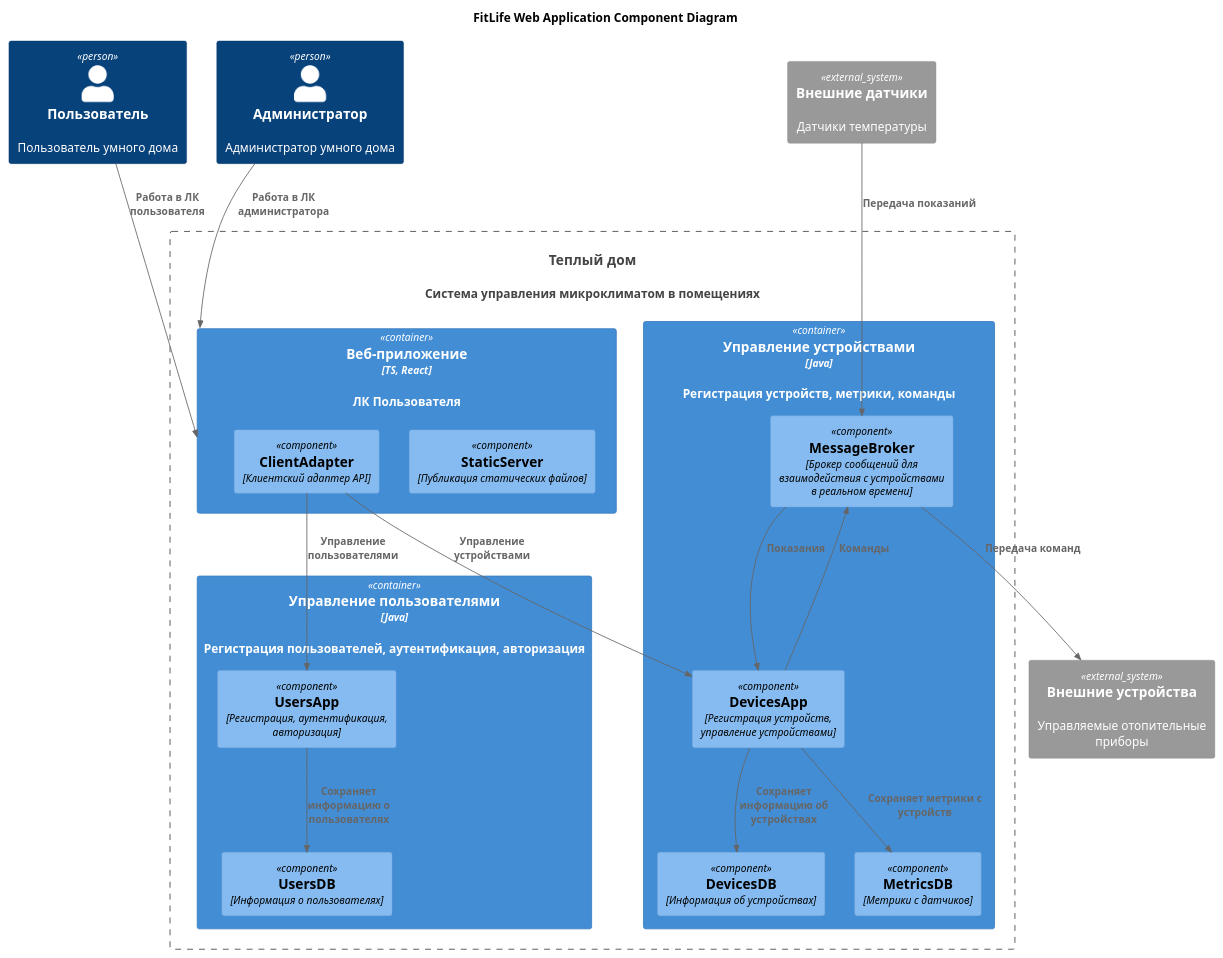
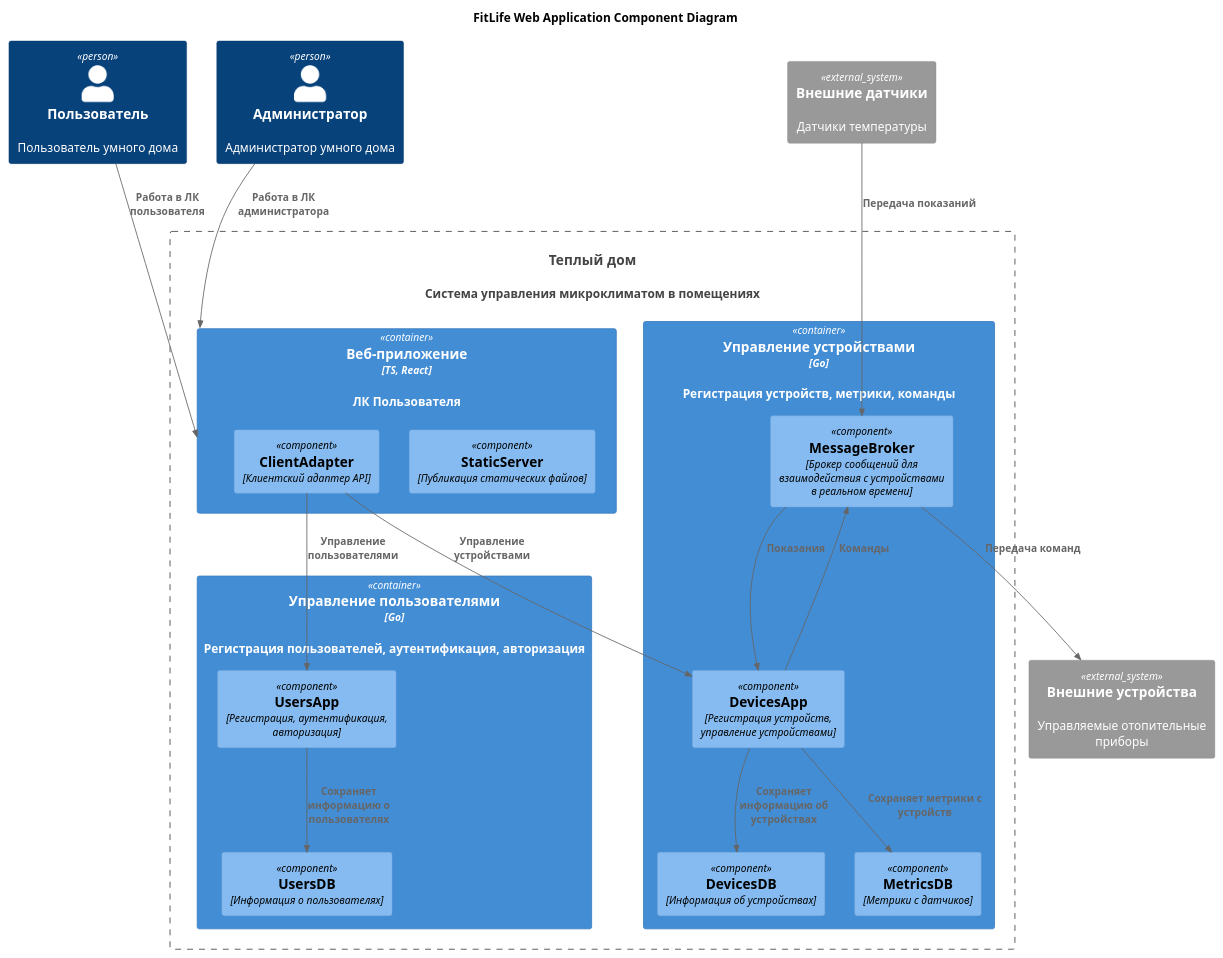
One commit to JerodBaxter/warmhouse changed the diagram in Component.puml. Above: the diagram before and after it, drawn with PlantUML.

```diff
--- a/Component.puml
+++ b/Component.puml
@@ -1,53 +1,53 @@
 @startuml
 title FitLife Web Application Component Diagram
 top to bottom direction
 
 !include https://raw.githubusercontent.com/plantuml-stdlib/C4-PlantUML/master/C4_Component.puml
 
 Person(user, "Пользователь", "Пользователь умного дома")
 Person(admin, "Администратор", "Администратор умного дома")
 System(WarmHouse, "Теплый дом", "Система управления микроклиматом в помещениях")
 
 Container_Boundary(WarmHouse, "Тёплый дом") {
   Container(WebApp, "Веб-приложение", "TS, React", "ЛК Пользователя")
-  Container(Users, "Управление пользователями", "Java", "Регистрация пользователей, аутентификация, авторизация")
-  Container(Devices, "Управление устройствами", "Java", "Регистрация устройств, метрики, команды")
+  Container(Users, "Управление пользователями", "Go", "Регистрация пользователей, аутентификация, авторизация")
+  Container(Devices, "Управление устройствами", "Go", "Регистрация устройств, метрики, команды")
 }
 
-Container(WebApp, "Веб-приложение", "TS, React, Java") {
+Container(WebApp, "Веб-приложение", "TS, React, Go") {
   Component(StaticServer, "StaticServer", "Публикация статических файлов")
   Component(ClientAdapter, "ClientAdapter", "Клиентский адаптер API")
 }
 
-Container(Users, "Мастер-система: Управление пользователями", "Java, Spring") {
+Container(Users, "Мастер-система: Управление пользователями", "Go, Spring") {
   Component(UsersApp, "UsersApp", "Регистрация, аутентификация, авторизация")
   Component(UsersDB, "UsersDB", "Информация о пользователях")
 }
 
-Container(Devices, "Мастер-система: Управление устройствами", "Java, MQTT, MongoDB, CassandraDB") {
+Container(Devices, "Мастер-система: Управление устройствами", "Go, MQTT, MongoDB, CassandraDB") {
   Component(MessageBroker, "MessageBroker", "Брокер сообщений для взаимодействия с устройствами в реальном времени")
   Component(DevicesApp, "DevicesApp", "Регистрация устройств, управление устройствами")
   Component(DevicesDB, "DevicesDB", "Информация об устройствах")
   Component(MetricsDB, "MetricsDB", "Метрики с датчиков")
 }
 
 System_Ext(controllers, "Внешние устройства", "Управляемые отопительные приборы")
 System_Ext(sensors, "Внешние датчики", "Датчики температуры")
 
 Rel(user, WebApp, "Работа в ЛК пользователя")
 Rel(admin, WebApp, "Работа в ЛК администратора")
 
 Rel(ClientAdapter,UsersApp,"Управление пользователями")
 Rel(ClientAdapter,DevicesApp,"Управление устройствами")
 
 Rel(UsersApp,UsersDB,"Сохраняет информацию о пользователях")
 
 Rel(DevicesApp,DevicesDB,"Сохраняет информацию об устройствах")
 Rel(DevicesApp,MetricsDB,"Сохраняет метрики с устройств")
 
 Rel(sensors,MessageBroker,"Передача показаний")
 Rel(MessageBroker,controllers,"Передача команд")
 
 Rel(MessageBroker,DevicesApp,"Показания")
 Rel(DevicesApp,MessageBroker,"Команды")
 @enduml
```
